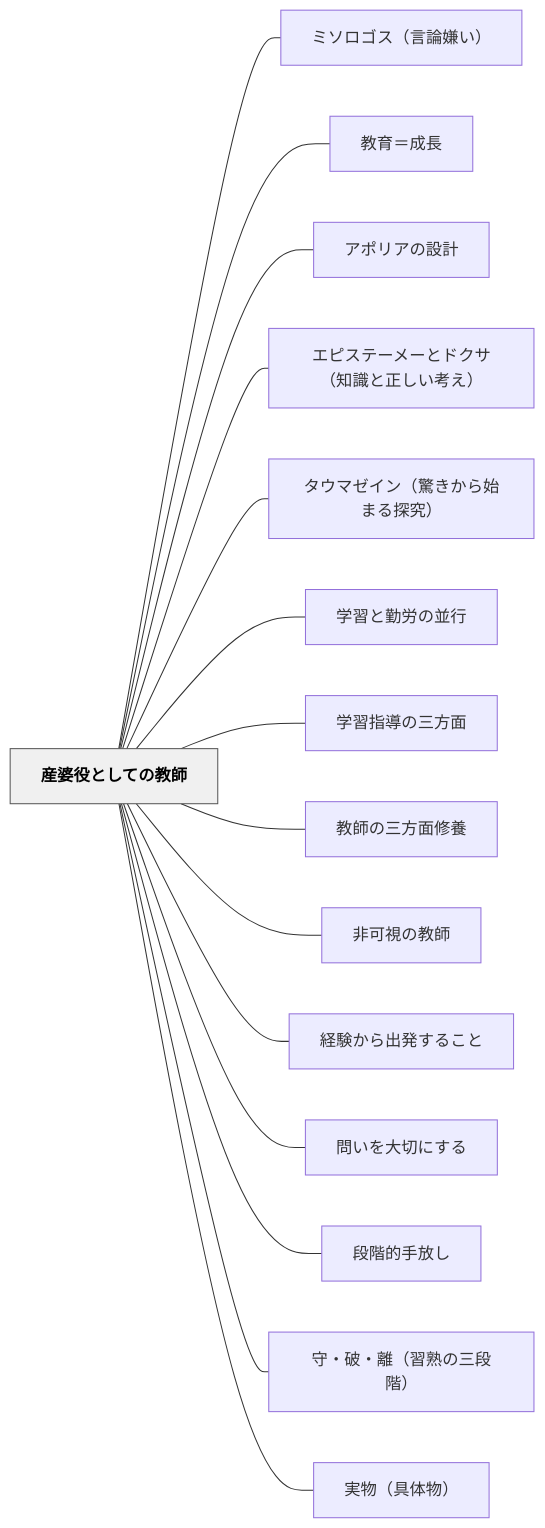
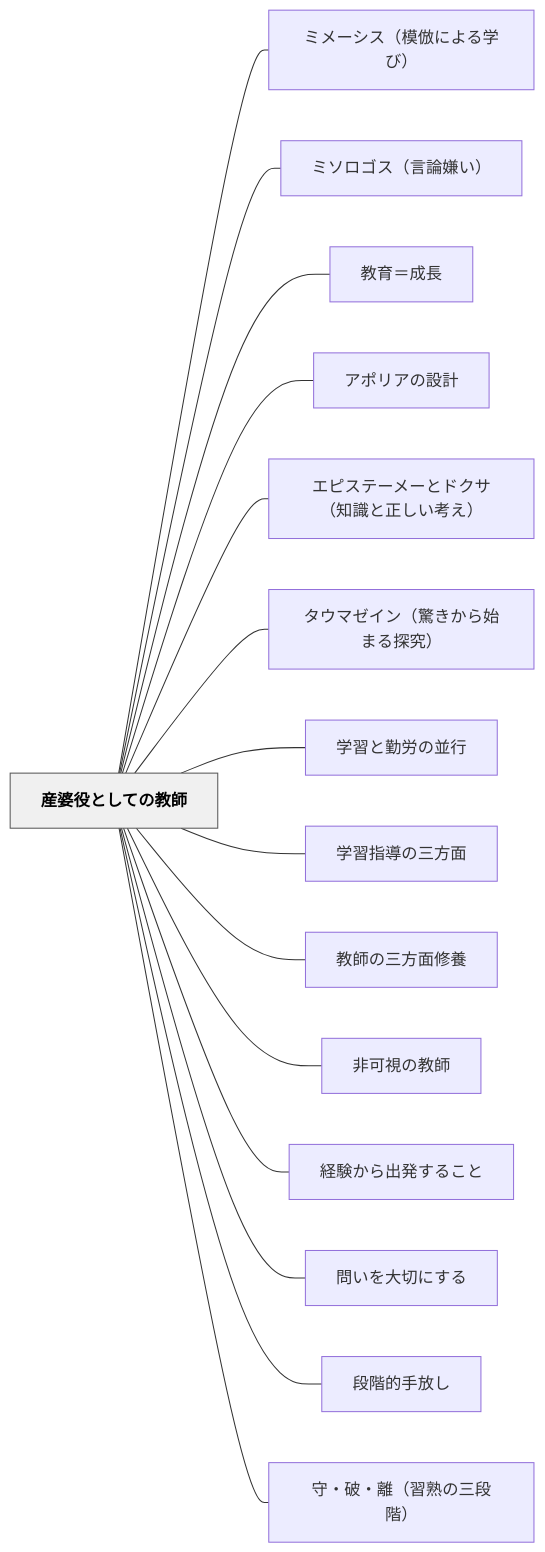
The diagram in content/パタン/産婆役としての教師.md (unknownthings-ed-patterns/unknownthings-ed-patterns), drawn with Mermaid before and after one commit. The commit also changed other lines of this file and 13 other files, not shown here.

````diff
--- a/content/パタン/産婆役としての教師.md
+++ b/content/パタン/産婆役としての教師.md
@@ -343,36 +344,36 @@
 ```mermaid
 flowchart LR
     ne794a3e5a986e5bdb9e381a8e38197e381a6e381aee69599e5b8ab["産婆役としての教師"]
+    ne3839fe383a1e383bce382b7e382b9efbc88e6a8a1e580a3e381abe38288e3828be5ada6e381b3efbc89["ミメーシス（模倣による学び）"]
     ne3839fe382bde383ade382b4e382b9efbc88e8a880e8ab96e5ab8ce38184efbc89["ミソロゴス（言論嫌い）"]
     ne69599e882b2efbc9de68890e995b7["教育＝成長"]
     ne382a2e3839de383aae382a2e381aee8a8ade8a888["アポリアの設計"]
     ne382a8e38394e382b9e38386e383bce383a1e383bce381a8e38389e382afe382b5efbc88e79fa5e8ad98e381a8e6ada3e38197e38184e88083e38188efbc89["エピステーメーとドクサ（知識と正しい考え）"]
     ne382bfe382a6e3839ee382bce382a4e383b3efbc88e9a99ae3818de3818be38289e5a78be381bee3828be68ea2e7a9b6efbc89["タウマゼイン（驚きから始まる探究）"]
     ne5ada6e7bf92e381a8e58ba4e58ab4e381aee4b8a6e8a18c["学習と勤労の並行"]
     ne5ada6e7bf92e68c87e5b08ee381aee4b889e696b9e99da2["学習指導の三方面"]
     ne69599e5b8abe381aee4b889e696b9e99da2e4bfaee9a48a["教師の三方面修養"]
     ne99d9ee58fafe8a696e381aee69599e5b8ab["非可視の教師"]
     ne7b58ce9a893e3818be38289e587bae799bae38199e3828be38193e381a8["経験から出発すること"]
     ne5958fe38184e38292e5a4a7e58887e381abe38199e3828b["問いを大切にする"]
     ne6aeb5e99a8ee79a84e6898be694bee38197["段階的手放し"]
     ne5ae88e383bbe7a0b4e383bbe99ba2efbc88e7bf92e7869fe381aee4b889e6aeb5e99a8eefbc89["守・破・離（習熟の三段階）"]
-    ne5ae9fe789a9efbc88e585b7e4bd93e789a9efbc89["実物（具体物）"]
 
+    ne794a3e5a986e5bdb9e381a8e38197e381a6e381aee69599e5b8ab --- ne3839fe383a1e383bce382b7e382b9efbc88e6a8a1e580a3e381abe38288e3828be5ada6e381b3efbc89
     ne794a3e5a986e5bdb9e381a8e38197e381a6e381aee69599e5b8ab --- ne3839fe382bde383ade382b4e382b9efbc88e8a880e8ab96e5ab8ce38184efbc89
     ne794a3e5a986e5bdb9e381a8e38197e381a6e381aee69599e5b8ab --- ne69599e882b2efbc9de68890e995b7
     ne794a3e5a986e5bdb9e381a8e38197e381a6e381aee69599e5b8ab --- ne382a2e3839de383aae382a2e381aee8a8ade8a888
     ne794a3e5a986e5bdb9e381a8e38197e381a6e381aee69599e5b8ab --- ne382a8e38394e382b9e38386e383bce383a1e383bce381a8e38389e382afe382b5efbc88e79fa5e8ad98e381a8e6ada3e38197e38184e88083e38188efbc89
     ne794a3e5a986e5bdb9e381a8e38197e381a6e381aee69599e5b8ab --- ne382bfe382a6e3839ee382bce382a4e383b3efbc88e9a99ae3818de3818be38289e5a78be381bee3828be68ea2e7a9b6efbc89
     ne794a3e5a986e5bdb9e381a8e38197e381a6e381aee69599e5b8ab --- ne5ada6e7bf92e381a8e58ba4e58ab4e381aee4b8a6e8a18c
     ne794a3e5a986e5bdb9e381a8e38197e381a6e381aee69599e5b8ab --- ne5ada6e7bf92e68c87e5b08ee381aee4b889e696b9e99da2
     ne794a3e5a986e5bdb9e381a8e38197e381a6e381aee69599e5b8ab --- ne69599e5b8abe381aee4b889e696b9e99da2e4bfaee9a48a
     ne794a3e5a986e5bdb9e381a8e38197e381a6e381aee69599e5b8ab --- ne99d9ee58fafe8a696e381aee69599e5b8ab
     ne794a3e5a986e5bdb9e381a8e38197e381a6e381aee69599e5b8ab --- ne7b58ce9a893e3818be38289e587bae799bae38199e3828be38193e381a8
     ne794a3e5a986e5bdb9e381a8e38197e381a6e381aee69599e5b8ab --- ne5958fe38184e38292e5a4a7e58887e381abe38199e3828b
     ne794a3e5a986e5bdb9e381a8e38197e381a6e381aee69599e5b8ab --- ne6aeb5e99a8ee79a84e6898be694bee38197
     ne794a3e5a986e5bdb9e381a8e38197e381a6e381aee69599e5b8ab --- ne5ae88e383bbe7a0b4e383bbe99ba2efbc88e7bf92e7869fe381aee4b889e6aeb5e99a8eefbc89
-    ne794a3e5a986e5bdb9e381a8e38197e381a6e381aee69599e5b8ab --- ne5ae9fe789a9efbc88e585b7e4bd93e789a9efbc89
 
     classDef hub fill:#f0f0f0,stroke:#555,color:#000,font-weight:bold
     class ne794a3e5a986e5bdb9e381a8e38197e381a6e381aee69599e5b8ab hub
 ```
````
